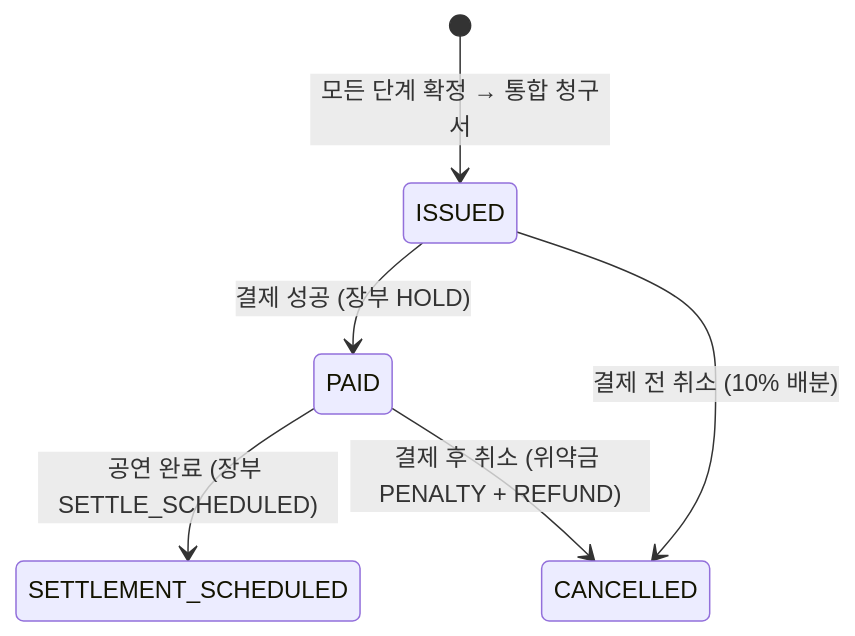
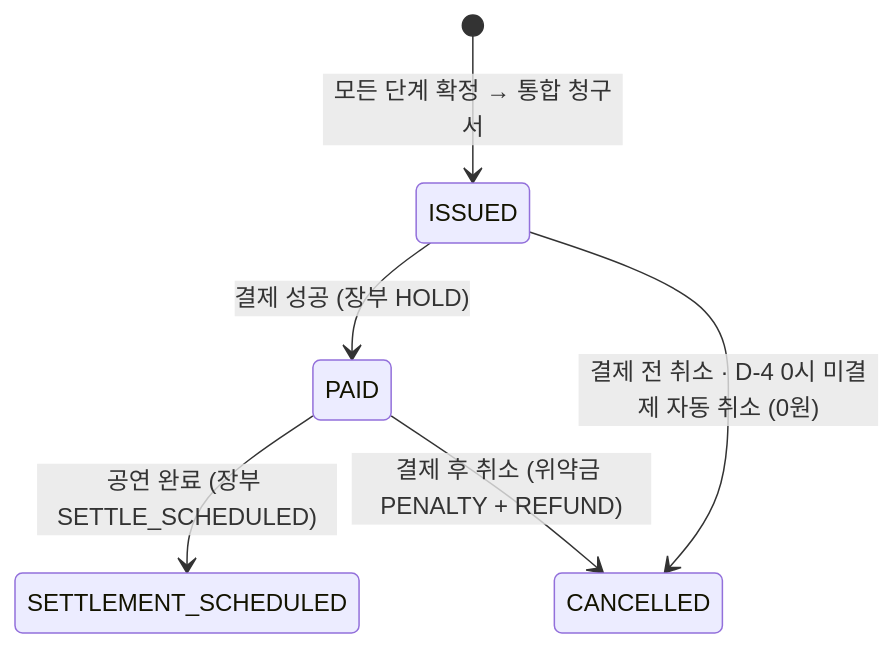
The third of 3 diagrams in specs/plan.md (KHW1003/stage-duck), drawn with Mermaid before and after one commit. The commit also changed other lines of this file and 11 other files, not shown here.

````diff
--- a/specs/plan.md
+++ b/specs/plan.md
@@ -165,8 +165,8 @@
 ```mermaid
 stateDiagram-v2
     [*] --> ISSUED: 모든 단계 확정 → 통합 청구서
     ISSUED --> PAID: 결제 성공 (장부 HOLD)
-    ISSUED --> CANCELLED: 결제 전 취소 (10% 배분)
+    ISSUED --> CANCELLED: 결제 전 취소 · D-4 0시 미결제 자동 취소 (0원)
     PAID --> SETTLEMENT_SCHEDULED: 공연 완료 (장부 SETTLE_SCHEDULED)
     PAID --> CANCELLED: 결제 후 취소 (위약금 PENALTY + REFUND)
 ```
````
